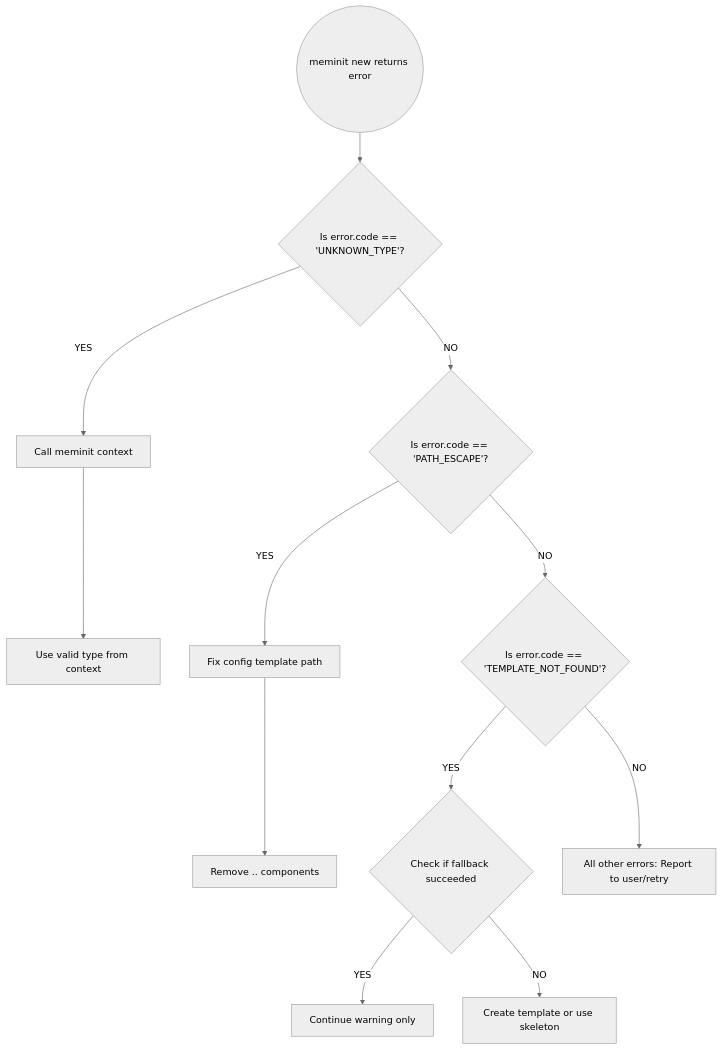
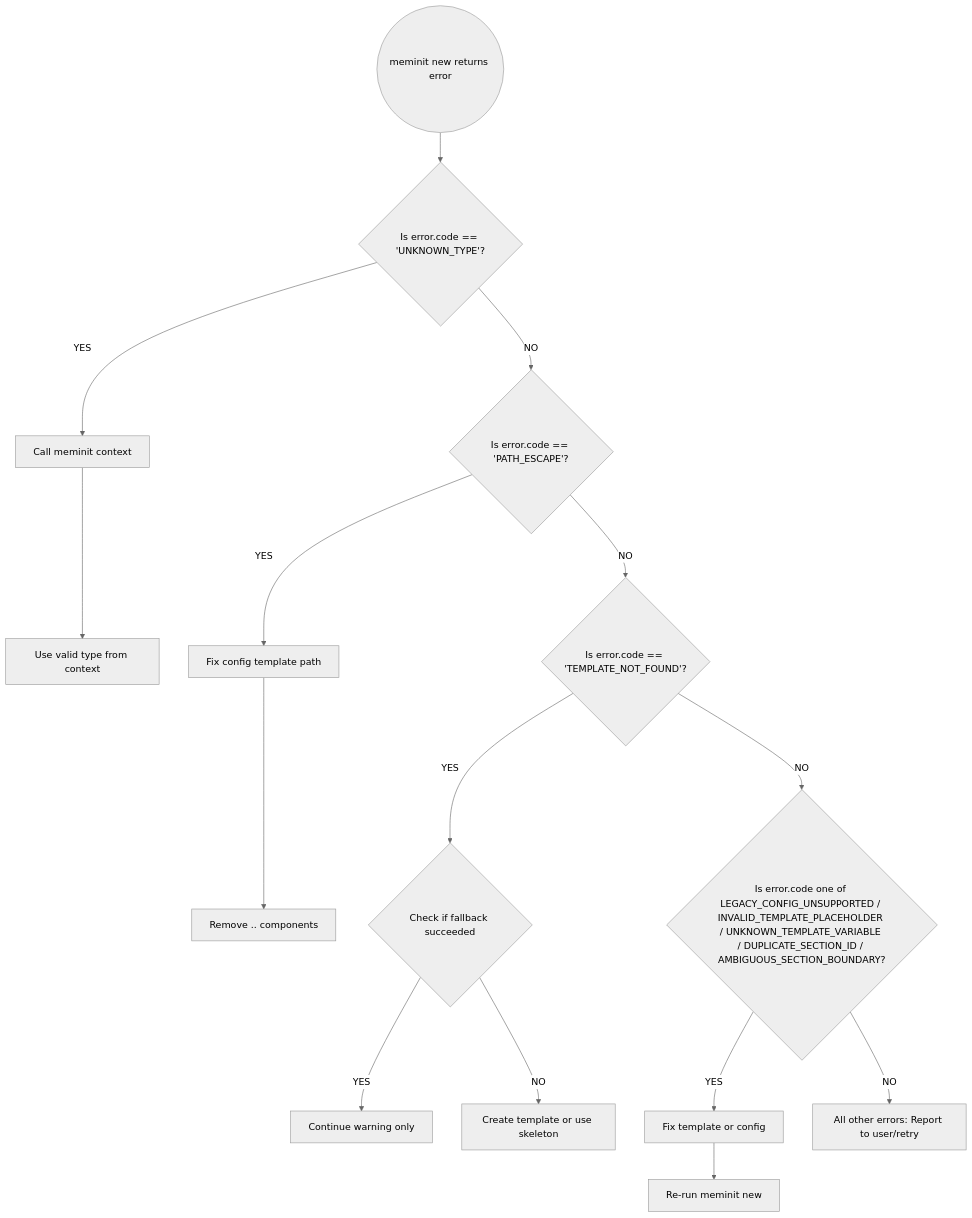
Before and after one commit to GitCmurf/meminit: the sixth of 6 diagrams in docs/10-prd/prd-006-document-templates.md, drawn with Mermaid (neutral theme). The commit also changed other lines of this file and 1 other file, not shown here.

Commit message:
fix: code review comments; prep: prd-006 for doc templates

````diff
--- a/docs/10-prd/prd-006-document-templates.md
+++ b/docs/10-prd/prd-006-document-templates.md
@@ -3418,16 +3586,18 @@
 ```mermaid
 graph TD
     Start((meminit new returns error)) --> E1{Is error.code == 'UNKNOWN_TYPE'?}
 
     E1 -->|YES| E1_1[Call meminit context] --> E1_2[Use valid type from context]
     E1 -->|NO| E2{Is error.code == 'PATH_ESCAPE'?}
 
     E2 -->|YES| E2_1[Fix config template path] --> E2_2[Remove .. components]
     E2 -->|NO| E3{Is error.code == 'TEMPLATE_NOT_FOUND'?}
 
     E3 -->|YES| E3_1{Check if fallback succeeded}
     E3_1 -->|YES| E3_2[Continue warning only]
     E3_1 -->|NO| E3_3[Create template or use skeleton]
 
-    E3 -->|NO| E4[All other errors: Report to user/retry]
+    E3 -->|NO| E4{Is error.code one of LEGACY_CONFIG_UNSUPPORTED / INVALID_TEMPLATE_PLACEHOLDER / UNKNOWN_TEMPLATE_VARIABLE / DUPLICATE_SECTION_ID / AMBIGUOUS_SECTION_BOUNDARY?}
+    E4 -->|YES| E4_1[Fix template or config] --> E4_2[Re-run meminit new]
+    E4 -->|NO| E5[All other errors: Report to user/retry]
 ```
````
